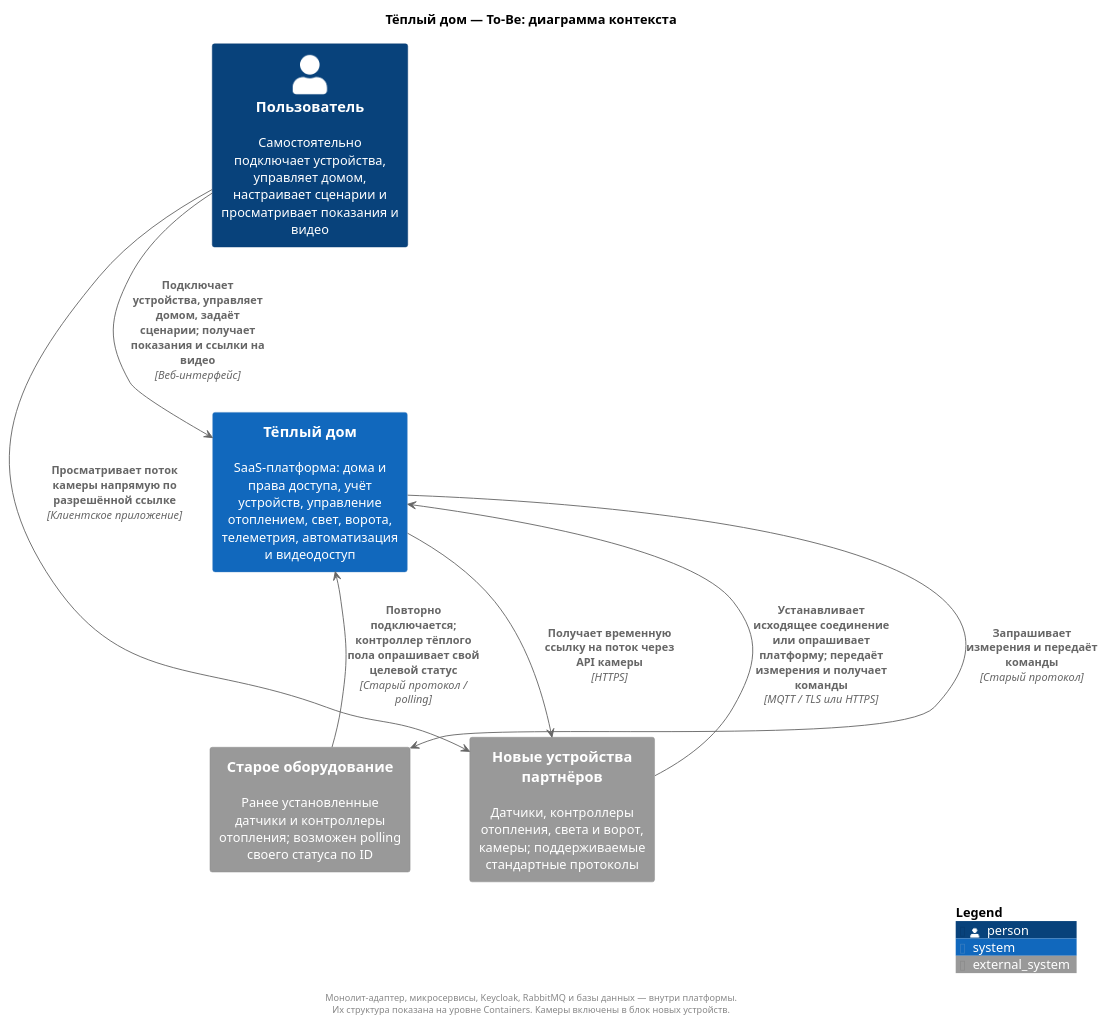
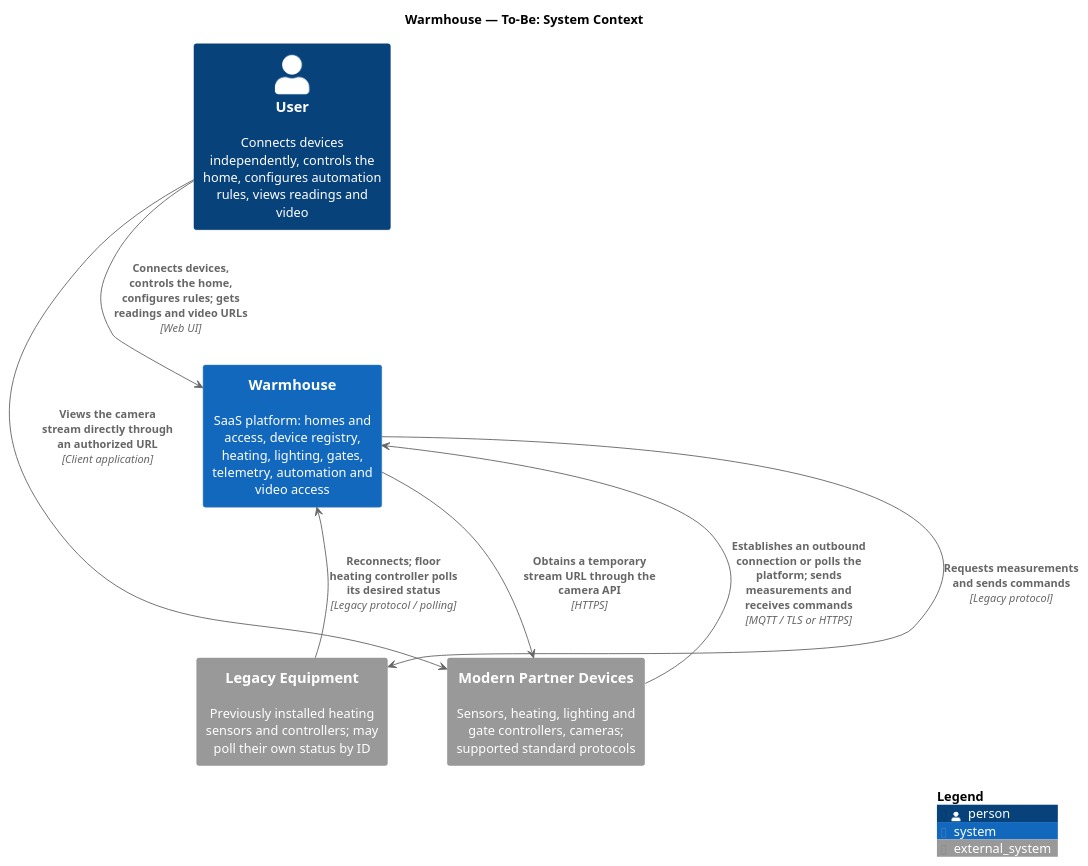
One commit to AndyMcFishka/architecture-pro-warmhouse changed the diagram in diagrams/to-be-context.puml. Above: the diagram before and after it, drawn with PlantUML. The commit also changed 24 other files, not shown here.

```diff
--- a/diagrams/to-be-context.puml
+++ b/diagrams/to-be-context.puml
@@ -1,31 +1,27 @@
 @startuml
 !include <C4/C4_Context>
 
-title Тёплый дом — To-Be: диаграмма контекста
+title Warmhouse — To-Be: System Context
 LAYOUT_TOP_DOWN()
 skinparam nodesep 65
 skinparam ranksep 65
 
-Person(user, "Пользователь", "Самостоятельно подключает устройства, управляет домом, настраивает сценарии и просматривает показания и видео")
+Person(user, "User", "Connects devices independently, controls the home, configures automation rules, views readings and video")
 
-System(warmhouse, "Тёплый дом", "SaaS-платформа: дома и права доступа, учёт устройств, управление отоплением, свет, ворота, телеметрия, автоматизация и видеодоступ")
-System_Ext(legacy, "Старое оборудование", "Ранее установленные датчики и контроллеры отопления; возможен polling своего статуса по ID")
-System_Ext(modern, "Новые устройства партнёров", "Датчики, контроллеры отопления, света и ворот, камеры; поддерживаемые стандартные протоколы")
+System(warmhouse, "Warmhouse", "SaaS platform: homes and access, device registry, heating, lighting, gates, telemetry, automation and video access")
+System_Ext(legacy, "Legacy Equipment", "Previously installed heating sensors and controllers; may poll their own status by ID")
+System_Ext(modern, "Modern Partner Devices", "Sensors, heating, lighting and gate controllers, cameras; supported standard protocols")
 
-Rel_(user, warmhouse, "Подключает устройства, управляет домом, задаёт сценарии; получает показания и ссылки на видео", "Веб-интерфейс", "-[norank]->")
-Rel_(warmhouse, legacy, "Запрашивает измерения и передаёт команды", "Старый протокол", "-[norank]->")
-Rel_(legacy, warmhouse, "Повторно подключается; контроллер тёплого пола опрашивает свой целевой статус", "Старый протокол / polling", "-[norank]->")
-Rel_(modern, warmhouse, "Устанавливает исходящее соединение или опрашивает платформу; передаёт измерения и получает команды", "MQTT / TLS или HTTPS", "-[norank]->")
-Rel_(user, modern, "Просматривает поток камеры напрямую по разрешённой ссылке", "Клиентское приложение", "-[norank]->")
+Rel_(user, warmhouse, "Connects devices, controls the home, configures rules; gets readings and video URLs", "Web UI", "-[norank]->")
+Rel_(warmhouse, legacy, "Requests measurements and sends commands", "Legacy protocol", "-[norank]->")
+Rel_(legacy, warmhouse, "Reconnects; floor heating controller polls its desired status", "Legacy protocol / polling", "-[norank]->")
+Rel_(modern, warmhouse, "Establishes an outbound connection or polls the platform; sends measurements and receives commands", "MQTT / TLS or HTTPS", "-[norank]->")
+Rel_(user, modern, "Views the camera stream directly through an authorized URL", "Client application", "-[norank]->")
 
 Lay_D(user, warmhouse)
 Lay_D(warmhouse, legacy)
 Lay_R(legacy, modern)
 
-footer
-  Монолит-адаптер, микросервисы, Keycloak, RabbitMQ и базы данных — внутри платформы.
-  Их структура показана на уровне Containers. Камеры включены в блок новых устройств.
-end footer
-Rel_(warmhouse, modern, "Получает временную ссылку на поток через API камеры", "HTTPS", "-[norank]->")
+Rel_(warmhouse, modern, "Obtains a temporary stream URL through the camera API", "HTTPS", "-[norank]->")
 SHOW_LEGEND()
 @enduml
```
